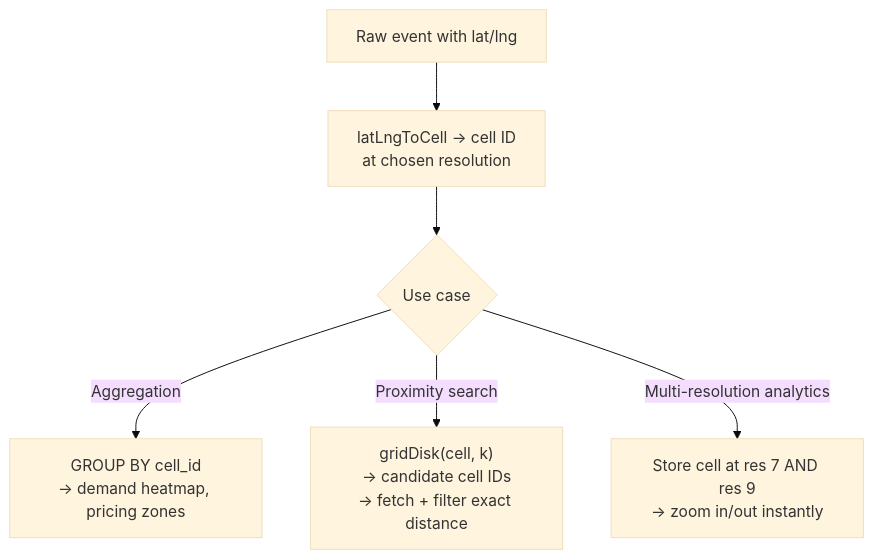
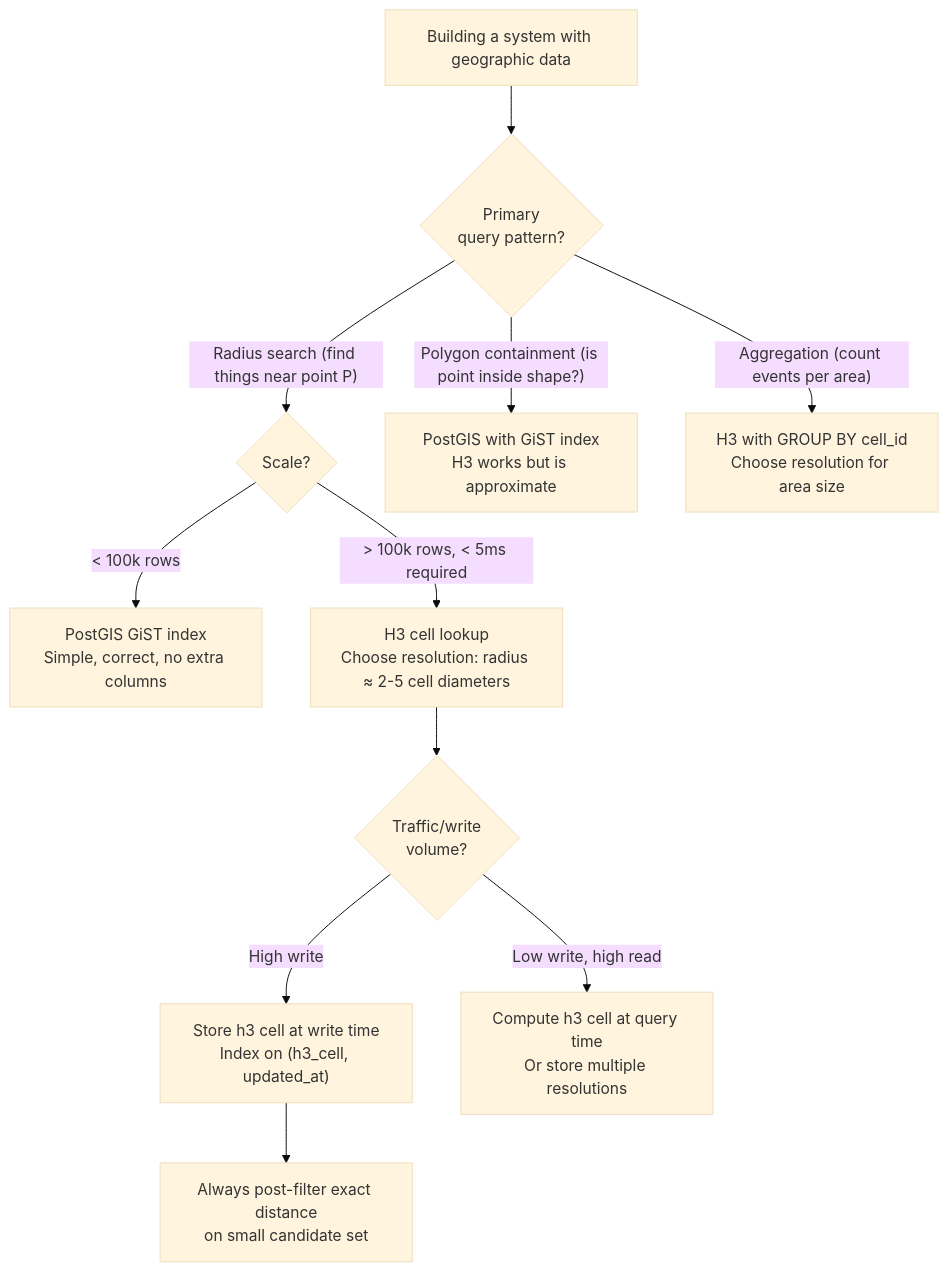
The fourth of 4 diagrams in content/h3-spatial-index.md (Thamjith/system-design-reallife-scenarios), drawn with Mermaid (base theme) before and after one commit. The commit also changed other lines of this file and 9 other files, not shown here.

First line of the commit message:
Enhance Mermaid diagrams with zoom functionality and improve styling

````diff
--- a/content/h3-spatial-index.md
+++ b/content/h3-spatial-index.md
@@ -67,8 +296,13 @@
 ```mermaid
 flowchart TD
-    A["Raw event with lat/lng"] --> B["latLngToCell → cell ID\nat chosen resolution"]
-    B --> C{Use case}
-    C -- Aggregation --> D["GROUP BY cell_id\n→ demand heatmap, pricing zones"]
-    C -- Proximity search --> E["gridDisk(cell, k)\n→ candidate cell IDs\n→ fetch + filter exact distance"]
-    C -- Multi-resolution analytics --> F["Store cell at res 7 AND res 9\n→ zoom in/out instantly"]
+    A["Building a system with geographic data"] --> B{Primary\nquery pattern?}
+    B -- "Radius search (find things near point P)" --> C{Scale?}
+    B -- "Polygon containment (is point inside shape?)" --> D["PostGIS with GiST index\nH3 works but is approximate"]
+    B -- "Aggregation (count events per area)" --> E["H3 with GROUP BY cell_id\nChoose resolution for area size"]
+    C -- "< 100k rows" --> F["PostGIS GiST index\nSimple, correct, no extra columns"]
+    C -- "> 100k rows, < 5ms required" --> G["H3 cell lookup\nChoose resolution: radius ≈ 2-5 cell diameters"]
+    G --> H{"Traffic/write\nvolume?"}
+    H -- "High write" --> I["Store h3 cell at write time\nIndex on (h3_cell, updated_at)"]
+    H -- "Low write, high read" --> J["Compute h3 cell at query time\nOr store multiple resolutions"]
+    I --> K["Always post-filter exact distance\non small candidate set"]
 ```
````
